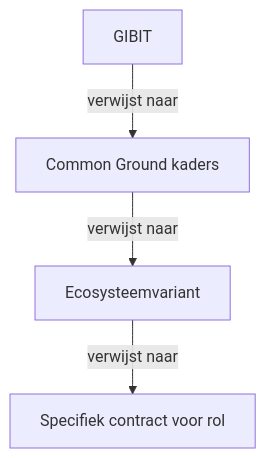
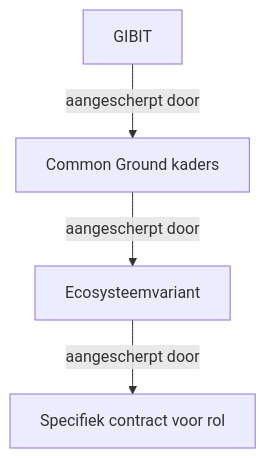
One commit to open-zaak/samenwerken changed the diagram in resultaten/inkoop-richtlijnen.md. Above: the diagram before and after it, drawn with Mermaid.

````diff
--- a/resultaten/inkoop-richtlijnen.md
+++ b/resultaten/inkoop-richtlijnen.md
@@ -27,6 +27,6 @@
 ```mermaid
 flowchart TB
-    A[GIBIT] -->|verwijst naar| B[Common Ground kaders]
-    B -->|verwijst naar| C[Ecosysteemvariant]
-    C -->|verwijst naar| D[Specifiek contract voor rol]  
+    A[GIBIT] -->|aangescherpt door| B[Common Ground kaders]
+    B -->|aangescherpt door| C[Ecosysteemvariant]
+    C -->|aangescherpt door| D[Specifiek contract voor rol]  
 ```
````
